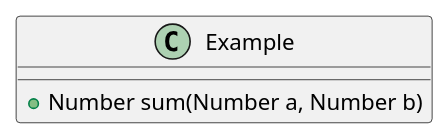
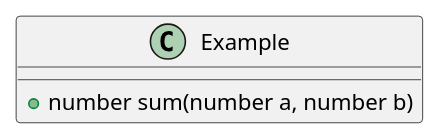
Before and after one commit to kostkams/eip-sample: the diagram in src/example/example.puml, drawn with PlantUML. The commit also changed 1 other file, not shown here.

```diff
--- a/src/example/example.puml
+++ b/src/example/example.puml
@@ -1,5 +1,5 @@
 @startuml
 class Example {
-    +Number sum(Number a, Number b)
+    +number sum(number a, number b)
 }
 @enduml
```
